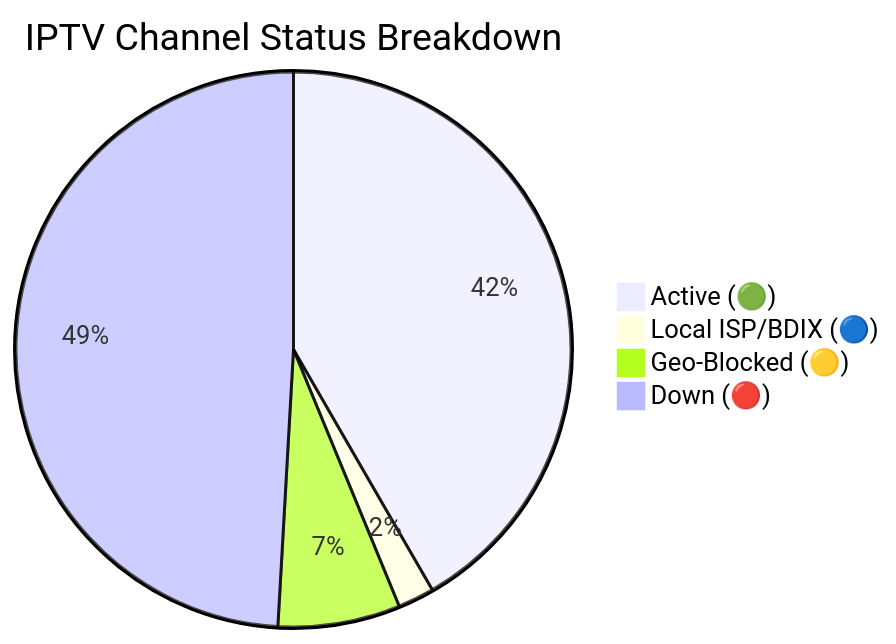
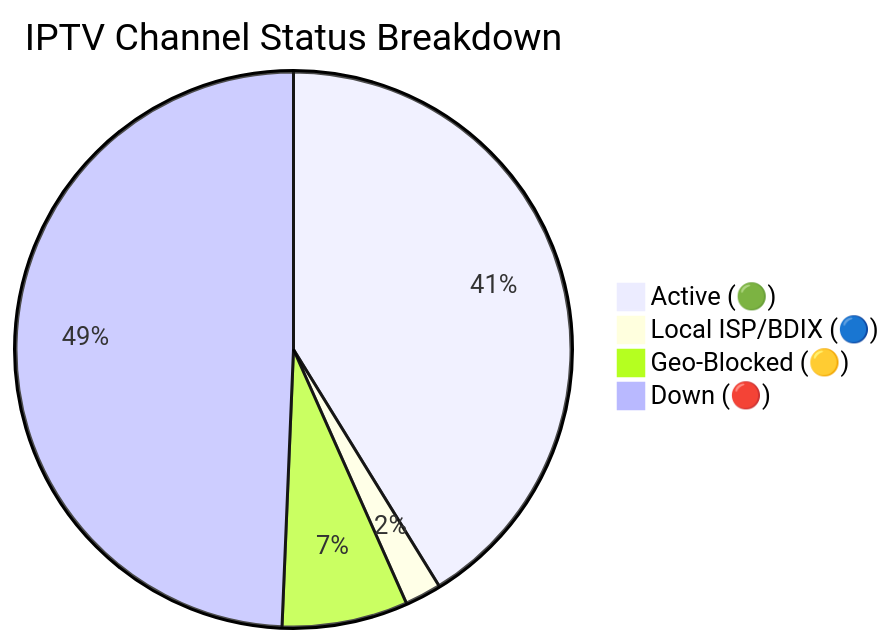
The diagram in README.md (andreataylord/Ip-tv-Collection), drawn with Mermaid before and after one commit. The commit also changed other lines of this file and 1 other file, not shown here.

Commit message:
docs(readme): auto-update daily channel status chart

````diff
--- a/README.md
+++ b/README.md
@@ -59,7 +59,7 @@
 ```mermaid
 pie title IPTV Channel Status Breakdown
-    "Active (🟢)" : 2970
+    "Active (🟢)" : 2938
     "Local ISP/BDIX (🔵)" : 151
-    "Geo-Blocked (🟡)" : 507
-    "Down (🔴)" : 3500
+    "Geo-Blocked (🟡)" : 522
+    "Down (🔴)" : 3517
 ```
````
